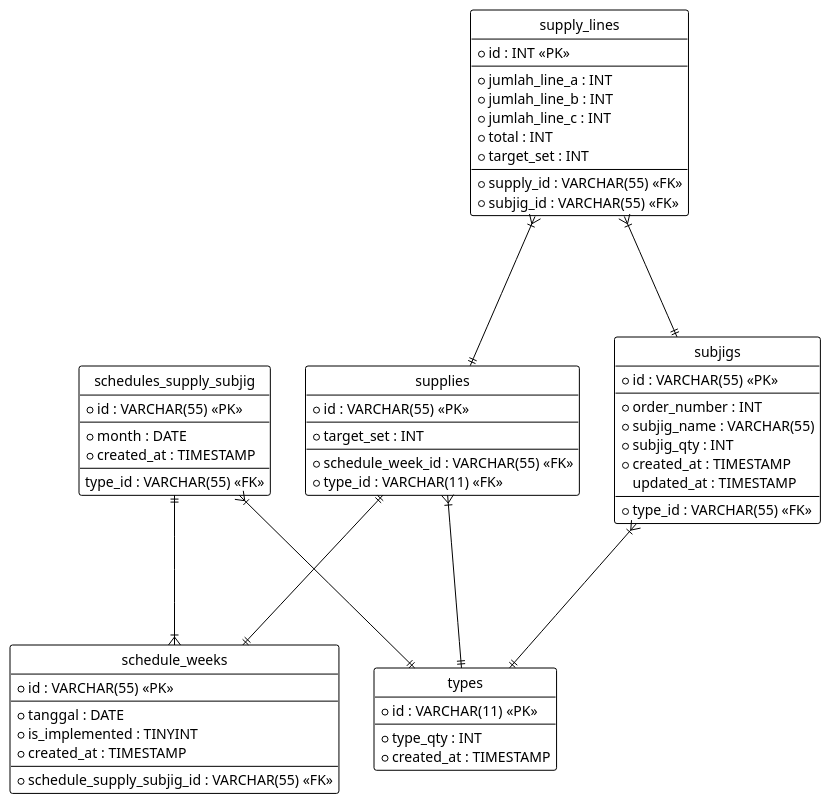
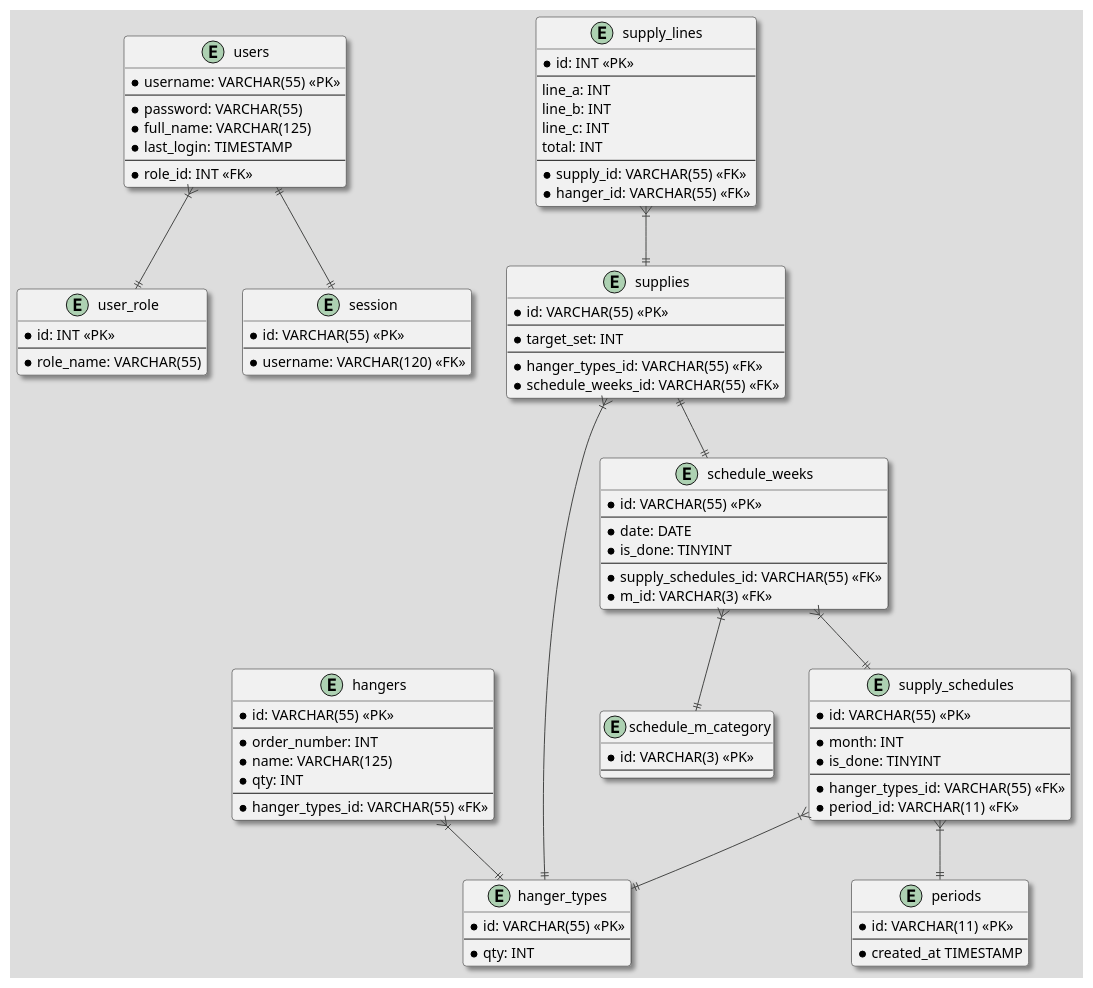
One commit to marlisumarli/hanger-scheduling changed the diagram in Diagrams/ERD.puml. Above: the diagram before and after it, drawn with PlantUML. The commit also changed 15 other files, not shown here.

```diff
--- a/Diagrams/ERD.puml
+++ b/Diagrams/ERD.puml
@@ -1,73 +1,106 @@
 @startuml
 
-hide circle
-!theme plain
+!theme toy
+skinparam shadowing true
 
-entity schedules_supply_subjig {
-*id : VARCHAR(55) <<PK>>
+entity users {
+* username: VARCHAR(55) <<PK>>
 --
-*month : DATE
-*created_at : TIMESTAMP
+* password: VARCHAR(55)
+* full_name: VARCHAR(125)
+* last_login: TIMESTAMP
 --
-type_id : VARCHAR(55) <<FK>>
+* role_id: INT <<FK>>
+}
+
+entity user_role {
+* id: INT <<PK>>
+--
+* role_name: VARCHAR(55)
+}
+
+entity session {
+* id: VARCHAR(55) <<PK>>
+--
+* username: VARCHAR(120) <<FK>>
+}
+
+entity hanger_types {
+* id: VARCHAR(55) <<PK>>
+--
+* qty: INT
+}
+
+entity hangers {
+* id: VARCHAR(55) <<PK>>
+--
+* order_number: INT
+* name: VARCHAR(125)
+* qty: INT
+--
+* hanger_types_id: VARCHAR(55) <<FK>>
+}
+
+entity periods {
+* id: VARCHAR(11) <<PK>>
+--
+* created_at TIMESTAMP
+}
+
+entity schedule_m_category {
+* id: VARCHAR(3) <<PK>>
+--
+}
+
+entity supply_schedules {
+* id: VARCHAR(55) <<PK>>
+--
+* month: INT
+* is_done: TINYINT
+--
+* hanger_types_id: VARCHAR(55) <<FK>>
+* period_id: VARCHAR(11) <<FK>>
 }
 
 entity schedule_weeks {
-* id : VARCHAR(55) <<PK>>
+* id: VARCHAR(55) <<PK>>
 --
-*tanggal : DATE
-*is_implemented : TINYINT
-*created_at : TIMESTAMP
+* date: DATE
+* is_done: TINYINT
 --
-*schedule_supply_subjig_id : VARCHAR(55) <<FK>>
+* supply_schedules_id: VARCHAR(55) <<FK>>
+* m_id: VARCHAR(3) <<FK>>
 }
 
 entity supplies {
-*id : VARCHAR(55) <<PK>>
+* id: VARCHAR(55) <<PK>>
 --
-*target_set : INT
+* target_set: INT
 --
-*schedule_week_id : VARCHAR(55) <<FK>>
-*type_id : VARCHAR(11) <<FK>>
-}
-
-entity types {
-*id : VARCHAR(11) <<PK>>
---
-*type_qty : INT
-*created_at : TIMESTAMP
-}
-
-entity subjigs {
-*id : VARCHAR(55) <<PK>>
---
-*order_number : INT
-*subjig_name : VARCHAR(55)
-*subjig_qty : INT
-*created_at : TIMESTAMP
-updated_at : TIMESTAMP
---
-*type_id : VARCHAR(55) <<FK>>
+* hanger_types_id: VARCHAR(55) <<FK>>
+* schedule_weeks_id: VARCHAR(55) <<FK>>
 }
 
 entity supply_lines {
-*id : INT <<PK>>
+* id: INT <<PK>>
 --
-*jumlah_line_a : INT
-*jumlah_line_b : INT
-*jumlah_line_c : INT
-*total : INT
-*target_set : INT
+line_a: INT
+line_b: INT
+line_c: INT
+total: INT
 --
-*supply_id : VARCHAR(55) <<FK>>
-*subjig_id : VARCHAR(55) <<FK>>
+* supply_id: VARCHAR(55) <<FK>>
+* hanger_id: VARCHAR(55) <<FK>>
 }
 
-schedules_supply_subjig}|---||types
-schedules_supply_subjig||---|{schedule_weeks
-supplies||---||schedule_weeks
-subjigs}|---||types
-supply_lines}|---||subjigs
-supply_lines}|---||supplies
-supplies}|---||types
+users}|--||user_role
+users||--||session
+hangers}|--||hanger_types
+supply_schedules}|--||periods
+supply_schedules}|--||hanger_types
+schedule_weeks}|--||schedule_m_category
+schedule_weeks}|--||supply_schedules
+supplies}|--||hanger_types
+supplies||--||schedule_weeks
+supply_lines}|--||supplies
 @enduml
```
